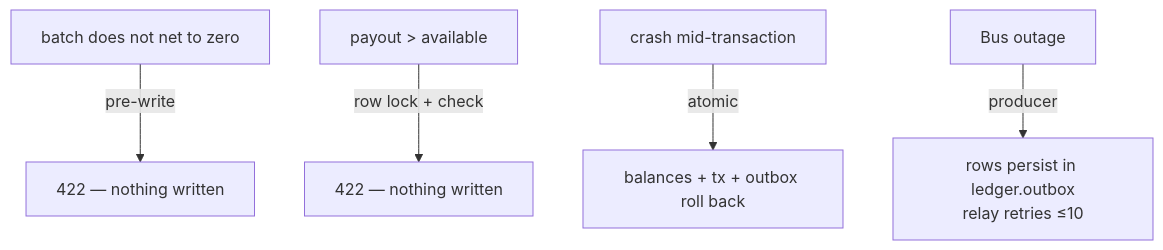
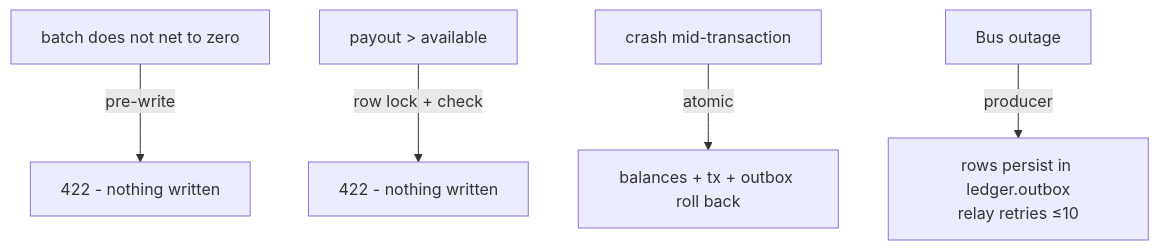
The sixth of 7 diagrams in docs/products/ledger/design.md (commerce8/bill8-site), drawn with Mermaid before and after one commit. The commit also changed other lines of this file and 45 other files, not shown here.

````diff
--- a/docs/products/ledger/design.md
+++ b/docs/products/ledger/design.md
@@ -178,7 +178,7 @@
 ```mermaid
 flowchart TD
-    IMBALANCE["batch does not net to zero"] -->|"pre-write"| REJ["422 — nothing written"]
-    INSUF["payout > available"] -->|"row lock + check"| REJ2["422 — nothing written"]
+    IMBALANCE["batch does not net to zero"] -->|"pre-write"| REJ["422 - nothing written"]
+    INSUF["payout > available"] -->|"row lock + check"| REJ2["422 - nothing written"]
     CRASH["crash mid-transaction"] -->|"atomic"| RB["balances + tx + outbox roll back"]
     RELAY_FAIL["Bus outage"] -->|"producer"| OUTBOX["rows persist in ledger.outbox<br/>relay retries ≤10"]
 ```
````
